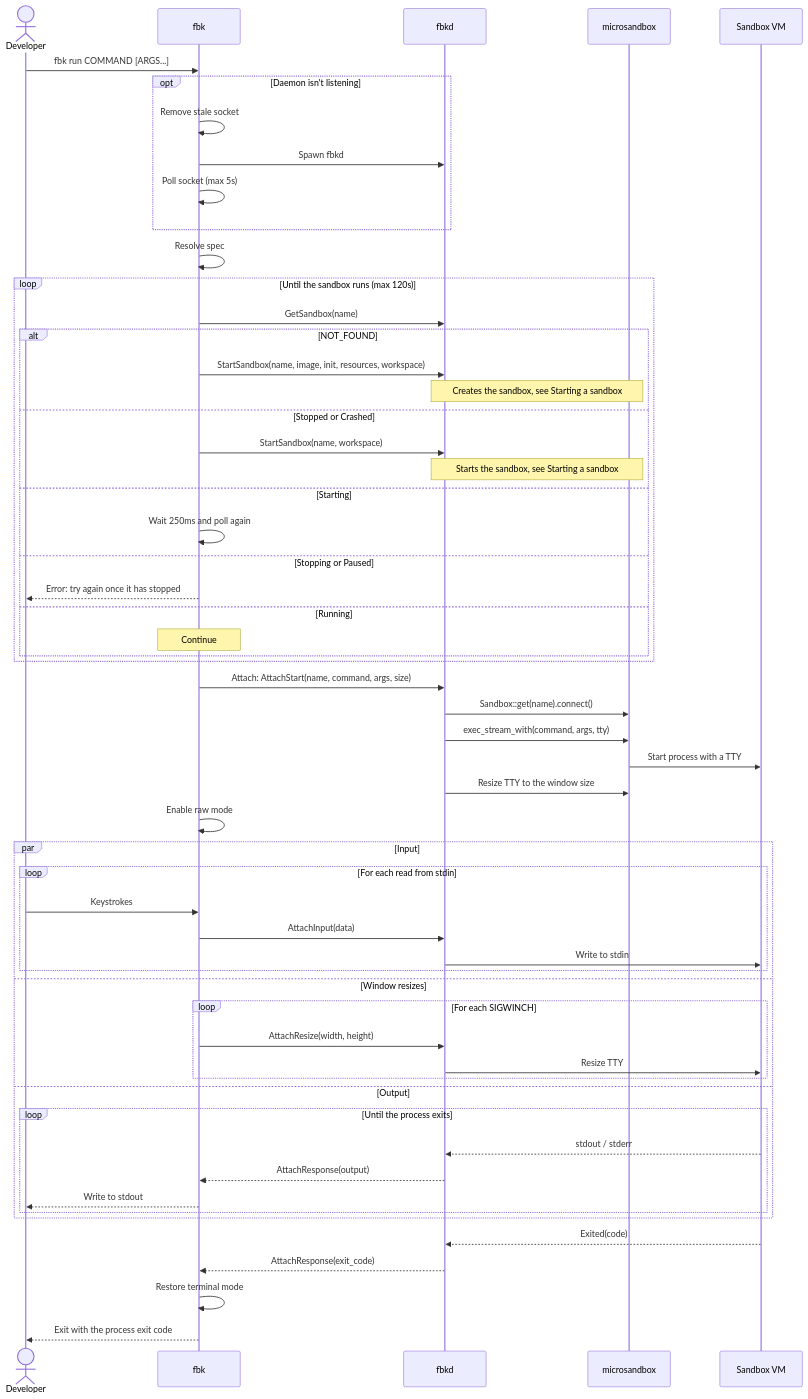
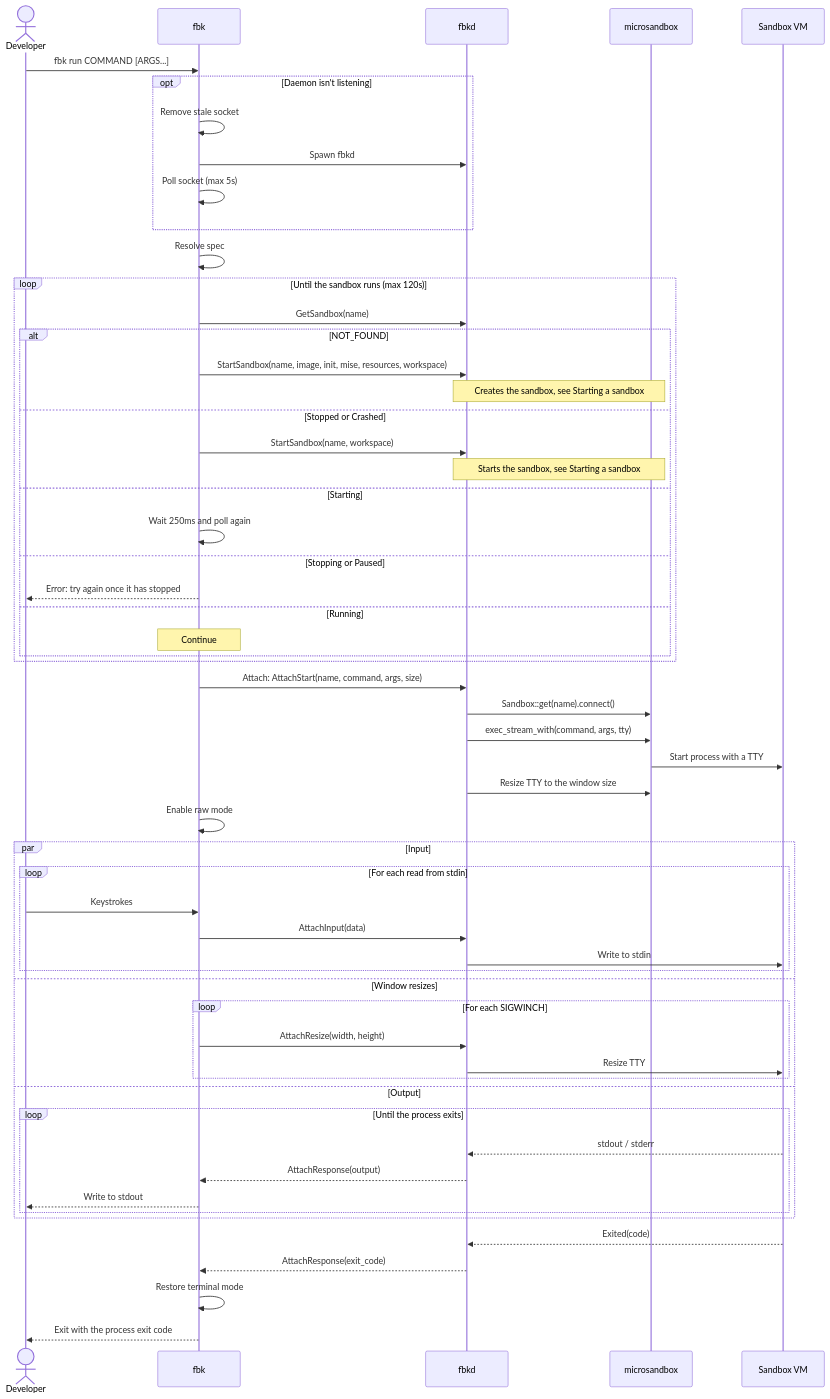
Before and after one commit to wmeints/anvil: the first of 6 diagrams in docs/architecture/06-runtime-view.md, drawn with Mermaid. The commit also changed other lines of this file and 10 other files, not shown here.

First line of the commit message:
feat(daemon): trust and install the workspace's mise tools on start

````diff
--- a/docs/architecture/06-runtime-view.md
+++ b/docs/architecture/06-runtime-view.md
@@ -28,64 +28,64 @@
 ```mermaid
 sequenceDiagram
     actor Dev as Developer
     participant CLI as fbk
     participant D as fbkd
     participant MS as microsandbox
     participant VM as Sandbox VM
 
     Dev->>CLI: fbk run COMMAND [ARGS...]
     opt Daemon isn't listening
         CLI->>CLI: Remove stale socket
         CLI->>D: Spawn fbkd
         CLI->>CLI: Poll socket (max 5s)
     end
     CLI->>CLI: Resolve spec
 
     loop Until the sandbox runs (max 120s)
         CLI->>D: GetSandbox(name)
         alt NOT_FOUND
-            CLI->>D: StartSandbox(name, image, init, resources, workspace)
+            CLI->>D: StartSandbox(name, image, init, mise, resources, workspace)
             Note over D,MS: Creates the sandbox, see Starting a sandbox
         else Stopped or Crashed
             CLI->>D: StartSandbox(name, workspace)
             Note over D,MS: Starts the sandbox, see Starting a sandbox
         else Starting
             CLI->>CLI: Wait 250ms and poll again
         else Stopping or Paused
             CLI-->>Dev: Error: try again once it has stopped
         else Running
             Note over CLI: Continue
         end
     end
 
     CLI->>D: Attach: AttachStart(name, command, args, size)
     D->>MS: Sandbox::get(name).connect()
     D->>MS: exec_stream_with(command, args, tty)
     MS->>VM: Start process with a TTY
     D->>MS: Resize TTY to the window size
     CLI->>CLI: Enable raw mode
 
     par Input
         loop For each read from stdin
             Dev->>CLI: Keystrokes
             CLI->>D: AttachInput(data)
             D->>VM: Write to stdin
         end
     and Window resizes
         loop For each SIGWINCH
             CLI->>D: AttachResize(width, height)
             D->>VM: Resize TTY
         end
     and Output
         loop Until the process exits
             VM-->>D: stdout / stderr
             D-->>CLI: AttachResponse(output)
             CLI-->>Dev: Write to stdout
         end
     end
 
     VM-->>D: Exited(code)
     D-->>CLI: AttachResponse(exit_code)
     CLI->>CLI: Restore terminal mode
     CLI-->>Dev: Exit with the process exit code
 ```
````
